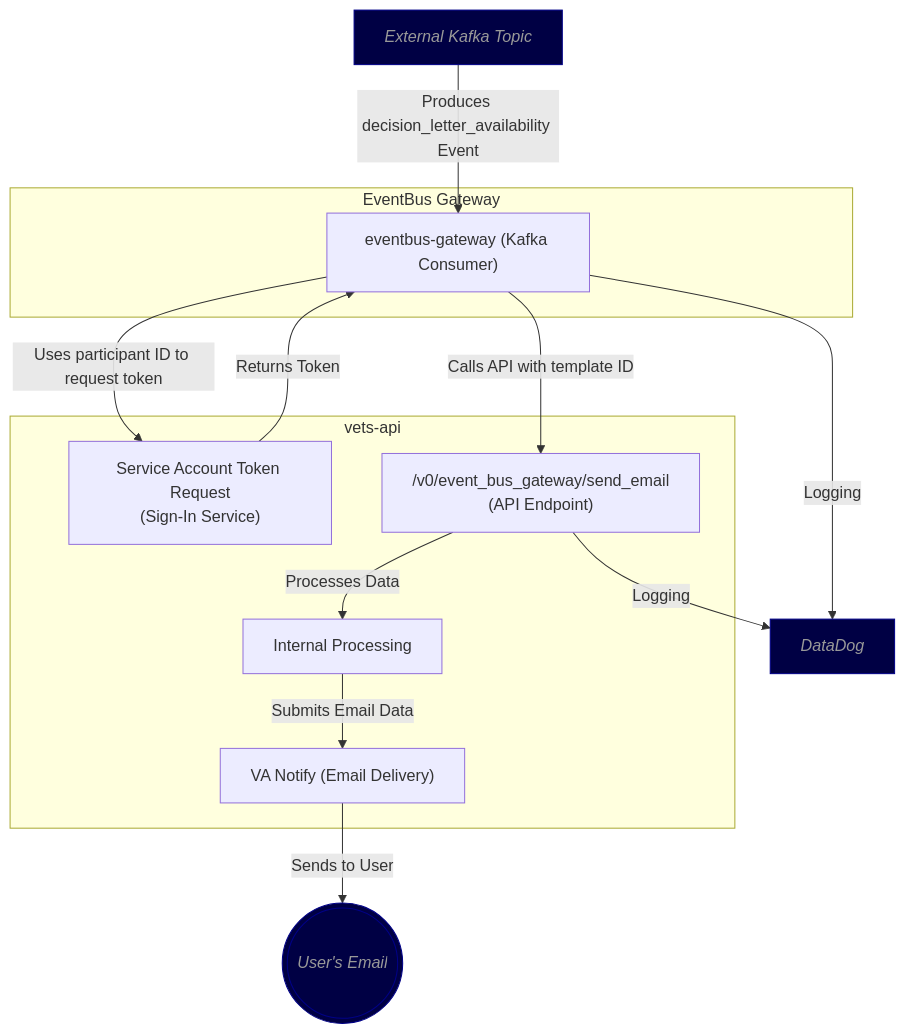
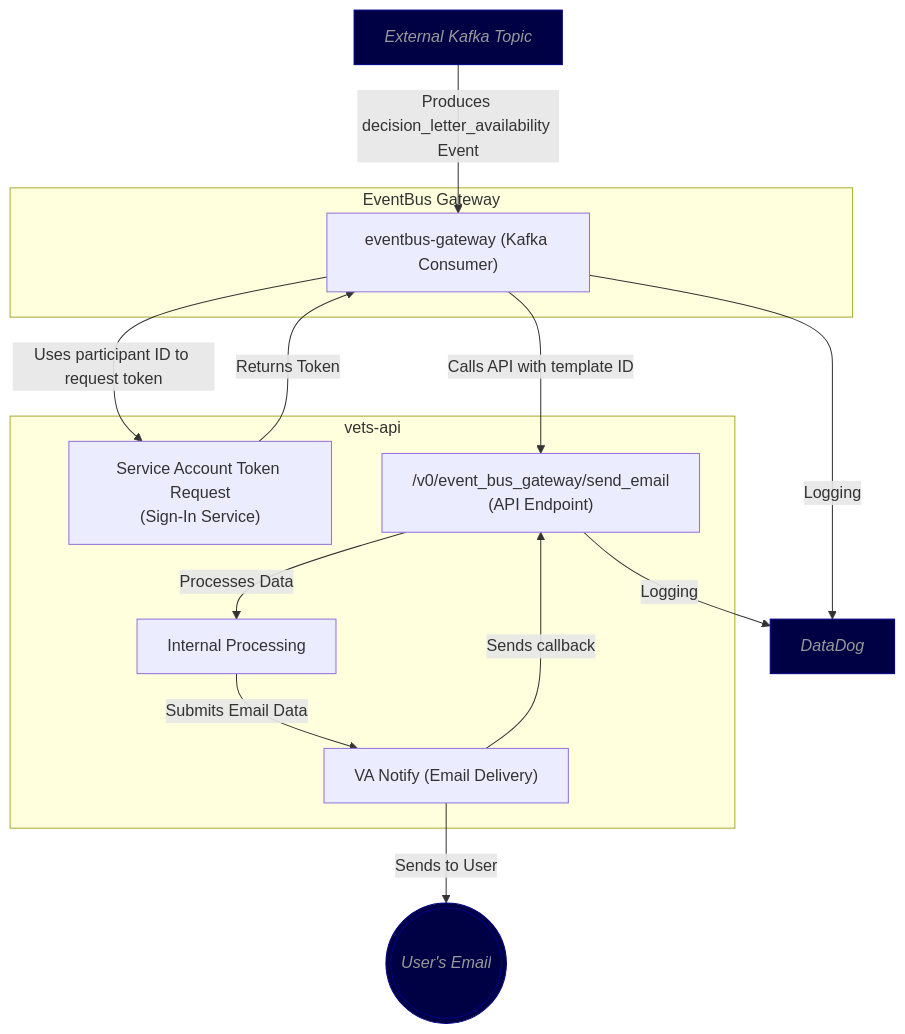
Before and after one commit to department-of-veterans-affairs/va.gov-team: the diagram in products/claim-appeal-status/event-bus-notify/Architecture Diagram.md, drawn with Mermaid.

Commit message:
Update Architecture Diagram.md

````diff
--- a/products/claim-appeal-status/event-bus-notify/Architecture Diagram.md
+++ b/products/claim-appeal-status/event-bus-notify/Architecture Diagram.md
@@ -3,32 +3,33 @@
 ```mermaid
 flowchart TD
     A[External Kafka Topic]:::external
     G[DataDog]:::external
 
     subgraph EventBus Gateway
       B["eventbus-gateway (Kafka Consumer)"]
     end
 
     subgraph vets-api
       C["Service Account Token Request<br/>(Sign-In Service)"]
       D["/v0/event_bus_gateway/send_email<br/>(API Endpoint)"]
       E[Internal Processing]
       F["VA Notify (Email Delivery)"]
     end
 
     H(((User's Email))):::external
 
     %% Flow
     A -- Produces decision_letter_availability Event --> B
     B -- Uses participant ID to request token --> C
     C -- Returns Token --> B
     B -- Calls API with template ID --> D
     D -- Processes Data --> E
     E -- Submits Email Data --> F
     B -- Logging --> G
     D -- Logging --> G
     F -- Sends to User --> H
+    F -- Sends callback --> D
 
     classDef external color:#999,fill:#004,stroke:#008,font-style:italic;
     classDef note color:#000,fill:#ff88,stroke:#fff8,stroke-width:5px,font-size:0.9rem;
 ```
````
